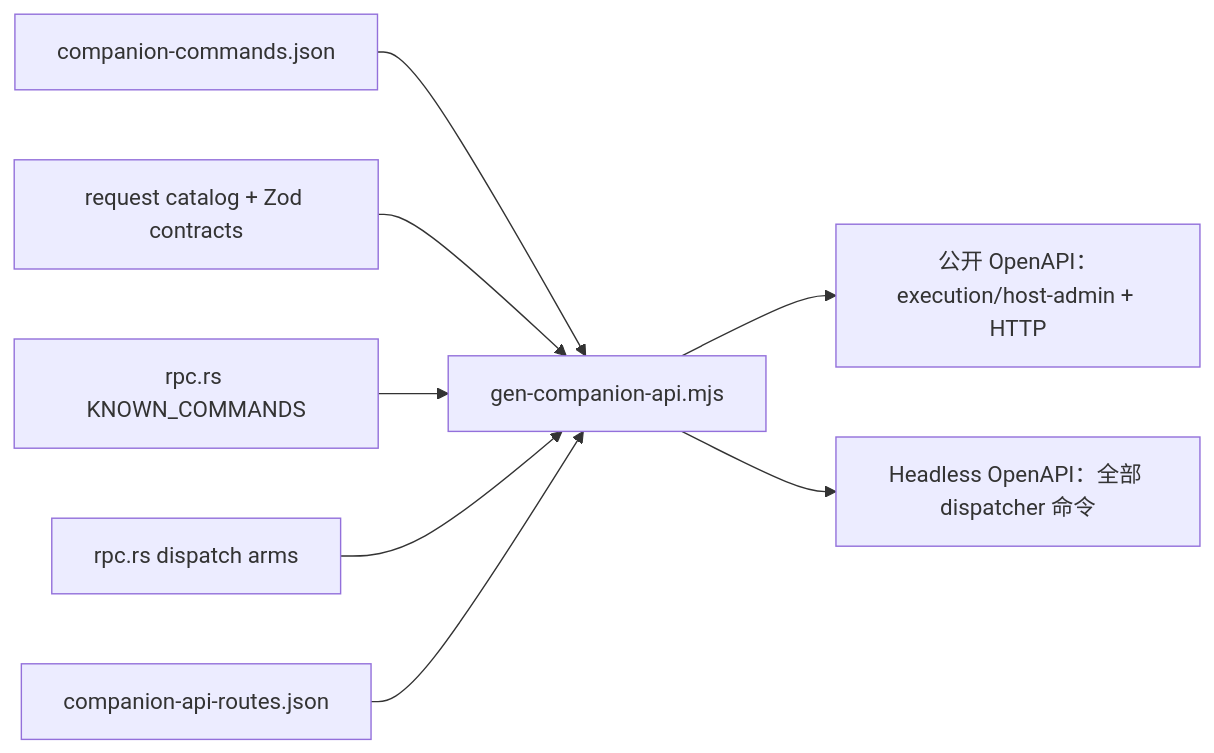
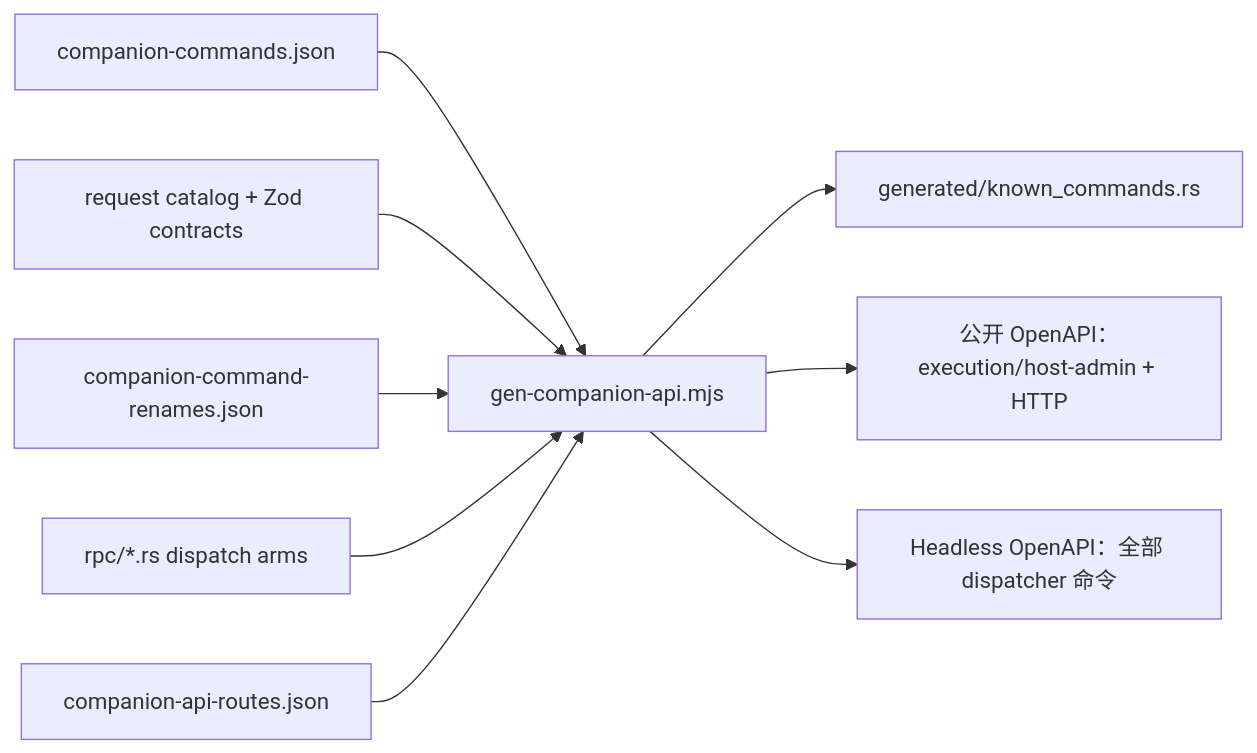
One commit to MaxQian888/cognia-next changed the diagram in docs/content/docs/zh/subsystems/companion-api/rpc-manifest.mdx. Above: the diagram before and after it, drawn with Mermaid. The commit also changed other lines of this file and 33 other files, not shown here.

````diff
--- a/docs/content/docs/zh/subsystems/companion-api/rpc-manifest.mdx
+++ b/docs/content/docs/zh/subsystems/companion-api/rpc-manifest.mdx
@@ -26,10 +27,11 @@
 ```mermaid
 flowchart LR
   M["companion-commands.json"] --> G["gen-companion-api.mjs"]
   C["request catalog + Zod contracts"] --> G
-  K["rpc.rs KNOWN_COMMANDS"] --> G
-  D["rpc.rs dispatch arms"] --> G
+  N["companion-command-renames.json"] --> G
+  D["rpc/*.rs dispatch arms"] --> G
+  G --> K["generated/known_commands.rs"]
   R["companion-api-routes.json"] --> G
   G --> P["公开 OpenAPI：execution/host-admin + HTTP"]
   G --> H["Headless OpenAPI：全部 dispatcher 命令"]
 ```
````
